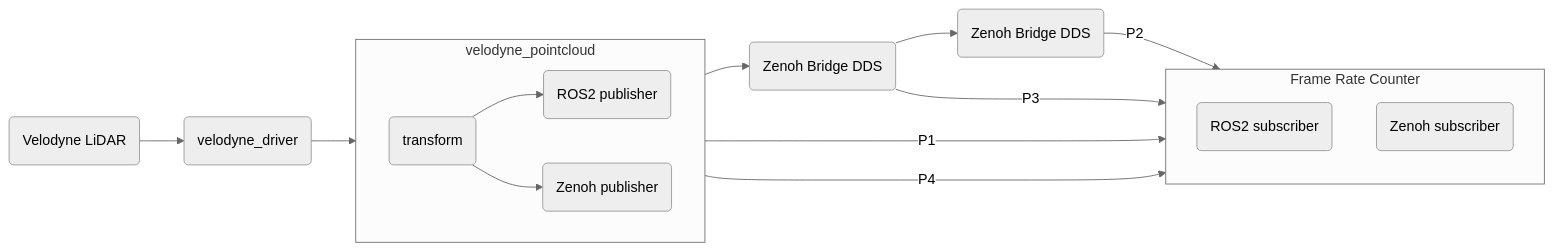
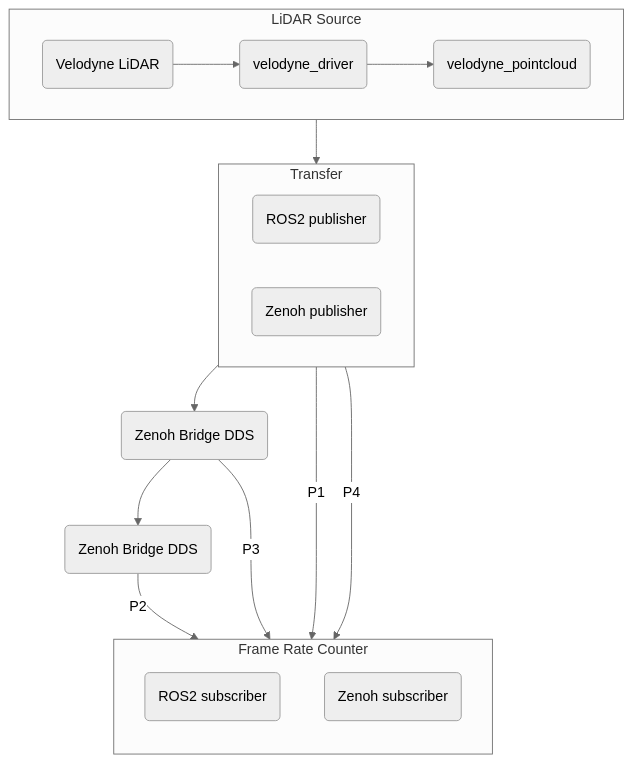
One commit to NEWSLabNTU/ros2-dds-zenoh-comparison changed the first of 2 diagrams in README.md. Above: the diagram before and after it, drawn with Mermaid (neutral theme). The commit also changed other lines of this file, not shown here.

Commit message:
Update flowchart

````diff
--- a/README.md
+++ b/README.md
@@ -6,26 +6,27 @@
 ```mermaid
-flowchart LR
-VL(Velodyne LiDAR)
-VD(velodyne_driver)
-VL --> VD
-subgraph VP[velodyne_pointcloud]
+flowchart TB
+subgraph SR[LiDAR Source]
     direction LR
-    T(transform)
+    VL(Velodyne LiDAR)
+    VD(velodyne_driver)
+    VP(velodyne_pointcloud)
+    VL --> VD --> VP
+end
+VP --> TF
+subgraph TF[Transfer]
+    direction LR
     RP(ROS2 publisher)
     ZP(Zenoh publisher)
-    T --> RP
-    T --> ZP
 end
-VD  --> T
 subgraph FRC[Frame Rate Counter]
     direction TB
     RS(ROS2 subscriber)
     ZS(Zenoh subscriber)
 end
 RP -- P1 --> RS
 ZP -- P4 --> ZS
 ZBD1(Zenoh Bridge DDS)
 ZBD2(Zenoh Bridge DDS)
 RP --> ZBD1 --> ZBD2 -- P2 --> RS
 ZBD1 -- P3 --> ZS
 ```
````
